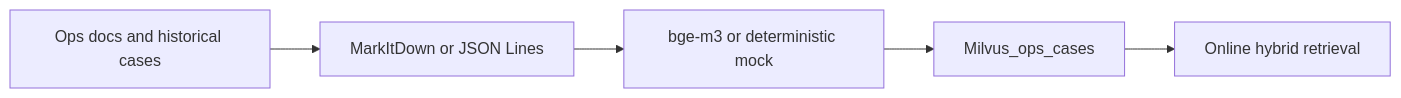
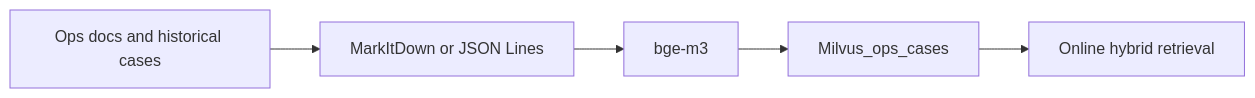
Before and after one commit to fanqingsong/edge-semantic-compress-intelligence: the third of 4 diagrams in README.md, drawn with Mermaid. The commit also changed other lines of this file and 33 other files, not shown here.

````diff
--- a/README.md
+++ b/README.md
@@ -90,7 +90,7 @@
 ```mermaid
 flowchart LR
 	Sources[Ops docs and historical cases] --> Parse[MarkItDown or JSON Lines]
-	Parse --> Embed[bge-m3 or deterministic mock]
+	Parse --> Embed[bge-m3]
 	Embed --> Collection[Milvus_ops_cases]
 	Collection --> OnlineRetrieve[Online hybrid retrieval]
 ```
````
